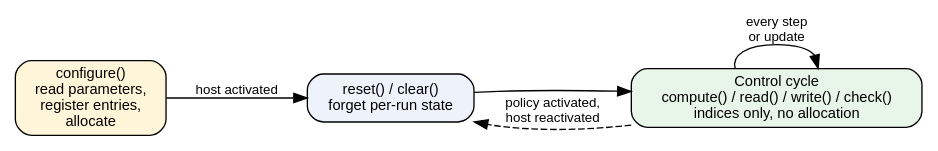
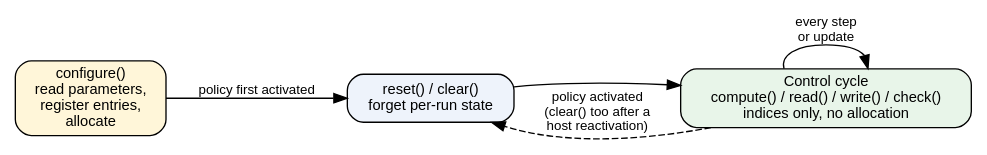
Before and after one commit to saikishor/ros2_policy_framework: the second of 2 diagrams in docs/extending.rst, drawn with Graphviz. The commit also changed other lines of this file, not shown here.

Commit message:
Correct the plugin hooks, the plugin context and the clear timing on the extending page

```diff
--- a/docs/extending.rst
+++ b/docs/extending.rst
@@ -79,14 +79,14 @@
 .. graphviz::
 
    digraph plugin_life {
      rankdir=LR;
      node [shape=box, style="rounded,filled", fillcolor="#eef3fb", fontname="Helvetica", fontsize=11];
      edge [fontname="Helvetica", fontsize=10];
      configure [label="configure()\nread parameters,\nregister entries,\nallocate", fillcolor="#fff6d9"];
      cycle [label="Control cycle\ncompute() / read() / write() / check()\nindices only, no allocation", fillcolor="#e8f5e9"];
      reset [label="reset() / clear()\nforget per-run state"];
-     configure -> reset [label="host activated"];
+     configure -> reset [label="policy first activated"];
      reset -> cycle;
      cycle -> cycle [label="every step\nor update"];
-     cycle -> reset [label="policy activated,\nhost reactivated", style=dashed];
+     cycle -> reset [label="policy activated\n(clear() too after a\nhost reactivation)", style=dashed];
    }
```
